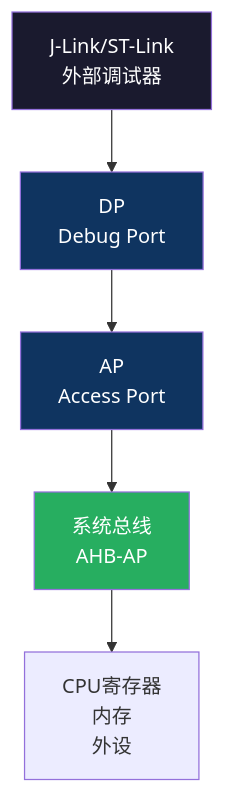
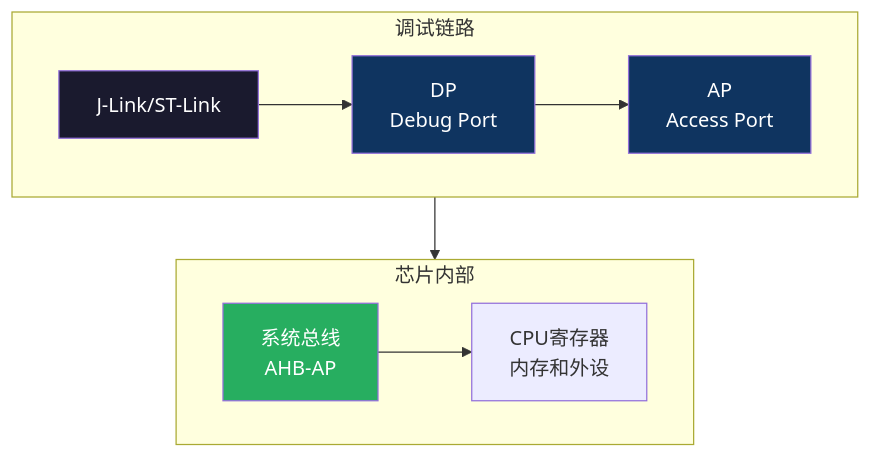
Before and after one commit to zeegoo/xren.ren: the first of 2 diagrams in docs/yuanying/118-debugger.md, drawn with Mermaid. The commit also changed other lines of this file and 6 other files, not shown here.

````diff
--- a/docs/yuanying/118-debugger.md
+++ b/docs/yuanying/118-debugger.md
@@ -47,12 +47,18 @@
 ```mermaid
 flowchart TD
-    A["J-Link/ST-Link<br/>外部调试器"] --> B["DP<br/>Debug Port"]
-    B --> C["AP<br/>Access Port"]
-    C --> D["系统总线<br/>AHB-AP"]
-    D --> E["CPU寄存器<br/>内存<br/>外设"]
+    subgraph 调试链路
+        direction LR
+        A["J-Link/ST-Link"] --> B["DP<br/>Debug Port"]
+        B --> C["AP<br/>Access Port"]
+    end
+    subgraph 芯片内部
+        direction LR
+        D["系统总线<br/>AHB-AP"] --> E["CPU寄存器<br/>内存和外设"]
+    end
+    C --> D
 
     style A fill:#1a1a2e,color:#fff
     style B fill:#0f3460,color:#fff
     style C fill:#0f3460,color:#fff
     style D fill:#27ae60,color:#fff
 ```
````
